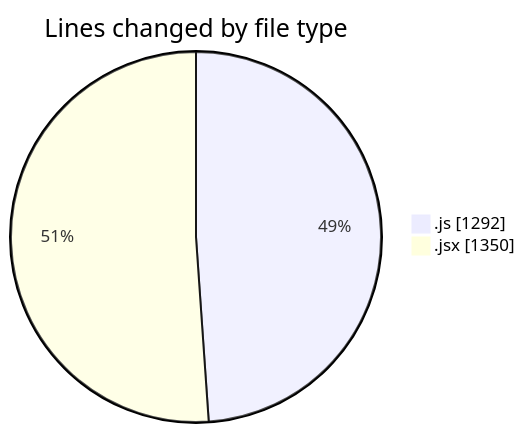
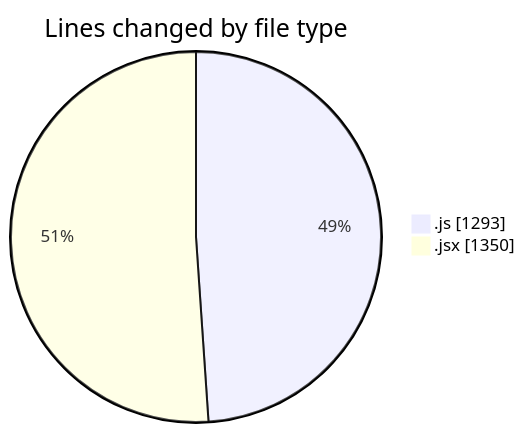
Before and after one commit to nxtqubesakshisongat/code-tracking: the first of 2 diagrams in 2025-09-19/nxtqube_webapp/README.md, drawn with Mermaid. The commit also changed other lines of this file and 1 other file, not shown here.

````diff
--- a/2025-09-19/nxtqube_webapp/README.md
+++ b/2025-09-19/nxtqube_webapp/README.md
@@ -23,6 +23,6 @@
 ```mermaid
 pie showData
 title Lines changed by file type
-".js" : 1292
+".js" : 1293
 ".jsx" : 1350
 ```
````
